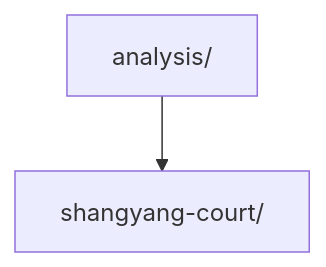
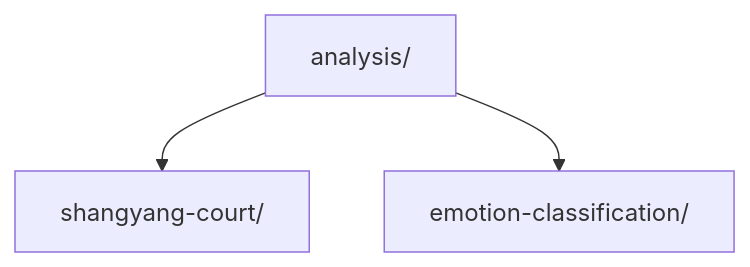
Before and after one commit to paideia-ai/axiia-cup: the diagram in docs/analysis/index.md, drawn with Mermaid. The commit also changed other lines of this file and 7 other files, not shown here.

````diff
--- a/docs/analysis/index.md
+++ b/docs/analysis/index.md
@@ -13,5 +14,6 @@
 ```mermaid
 graph TD
     analysis["analysis/"]
     analysis --> shangyang["shangyang-court/"]
+    analysis --> emotion["emotion-classification/"]
 ```
````
